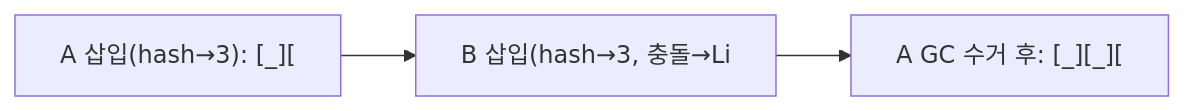
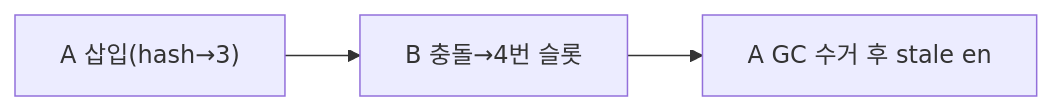
Before and after one commit to yjkim2015/yjkim2015.github.io: the third of 5 diagrams in _posts/java/2026-05-01-java-threadlocal.md, drawn with Mermaid. The commit also changed other lines of this file and 245 other files, not shown here.

First line of the commit message:
Mermaid 다이어그램 전면 수정 + 면접 포인트 접기/펼치기 + DB 데드락 페이지

````diff
--- a/_posts/java/2026-05-01-java-threadlocal.md
+++ b/_posts/java/2026-05-01-java-threadlocal.md
@@ -168,7 +168,5 @@
 ```mermaid
 graph LR
-    S1["A 삽입(hash→3): [_]["]
-    S2["B 삽입(hash→3, 충돌→Li"]
-    S3["A GC 수거 후: [_][_]["]
-    S1 --> S2 --> S3
+    S1["A 삽입(hash→3)"] --> S2["B 충돌→4번 슬롯"]
+    S2 --> S3["A GC 수거 후 stale en"]
 ```
````
